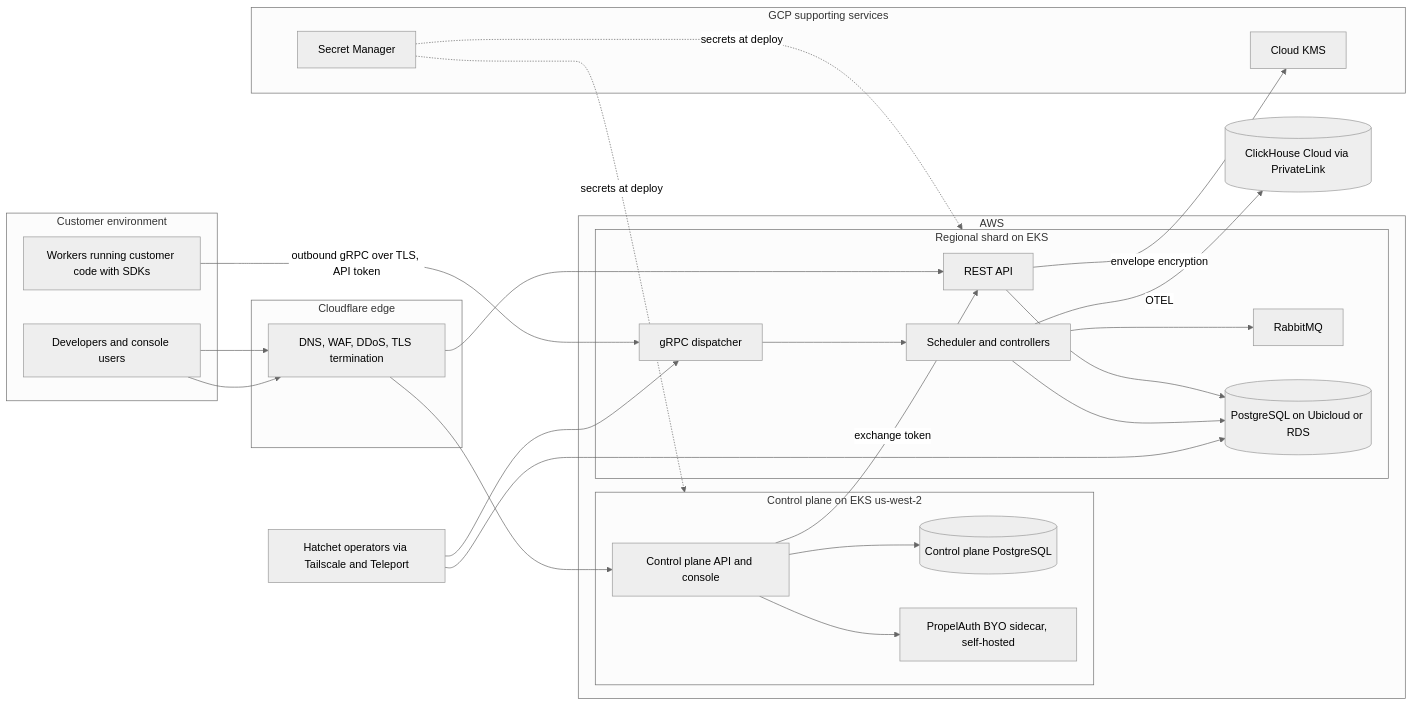
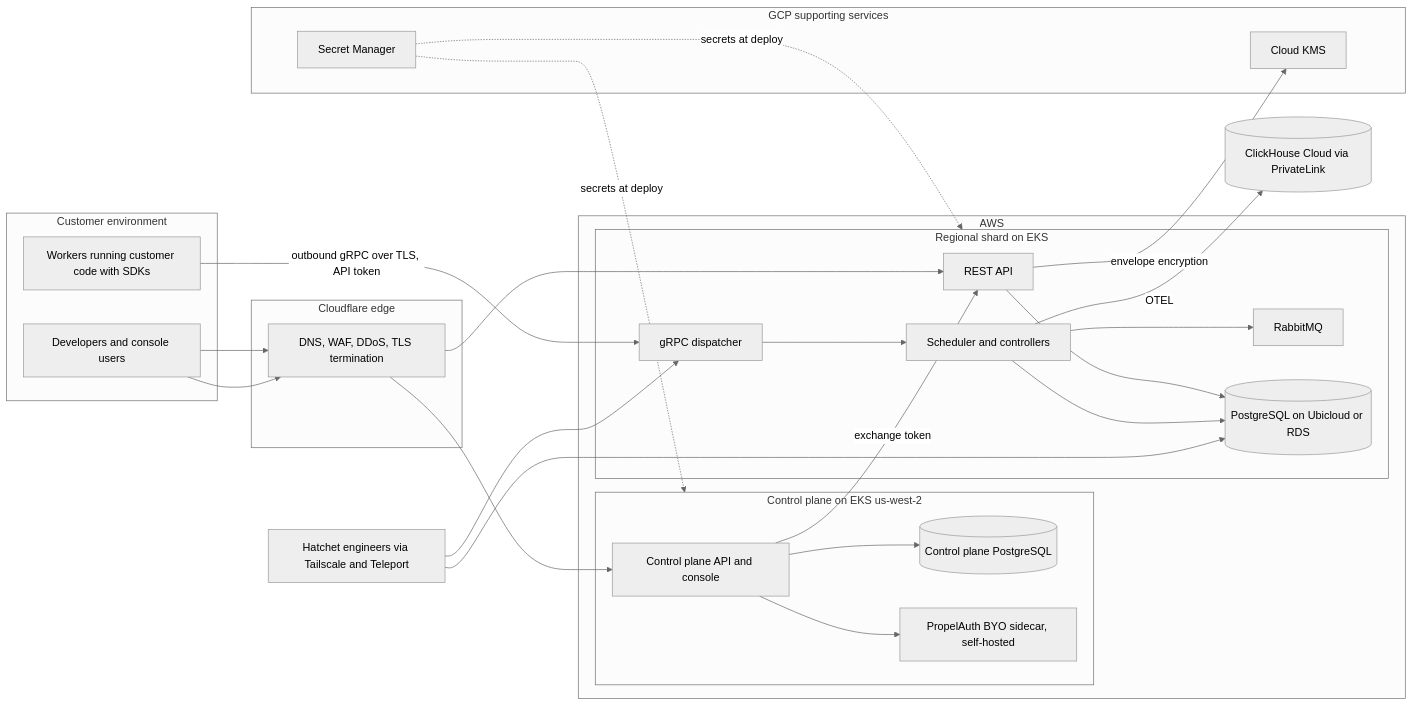
The diagram in hack/soc2/section-3-soc-2-type-2.md (hatchet-dev/hatchet), drawn with Mermaid (neutral theme) before and after one commit. The commit also changed other lines of this file, not shown here.

````diff
--- a/hack/soc2/section-3-soc-2-type-2.md
+++ b/hack/soc2/section-3-soc-2-type-2.md
@@ -82,45 +82,45 @@
 ```mermaid
 flowchart LR
   subgraph customer [Customer environment]
     devs[Developers and console users]
     workers[Workers running customer code with SDKs]
   end
   subgraph edge [Cloudflare edge]
     cf[DNS, WAF, DDoS, TLS termination]
   end
   subgraph aws [AWS]
     subgraph cp [Control plane on EKS us-west-2]
       cpapi[Control plane API and console]
       cpdb[(Control plane PostgreSQL)]
       propel[PropelAuth BYO sidecar, self-hosted]
     end
     subgraph shard [Regional shard on EKS]
       api[REST API]
       grpc[gRPC dispatcher]
       engine[Scheduler and controllers]
       mq[RabbitMQ]
       pg[(PostgreSQL on Ubicloud or RDS)]
     end
   end
   subgraph gcp [GCP supporting services]
     kms[Cloud KMS]
     sm[Secret Manager]
   end
   ch[(ClickHouse Cloud via PrivateLink)]
-  ops[Hatchet operators via Tailscale and Teleport]
+  ops[Hatchet engineers via Tailscale and Teleport]
   devs --> cf --> cpapi
   cpapi --> cpdb
   cpapi --> propel
   cpapi -->|exchange token| api
   devs --> cf --> api
   workers -->|outbound gRPC over TLS, API token| grpc
   api --> pg
   grpc --> engine --> pg
   engine --> mq
   engine -->|OTEL| ch
   api -->|envelope encryption| kms
   sm -.->|secrets at deploy| cp
   sm -.->|secrets at deploy| shard
   ops --> grpc
   ops --> pg
 ```
````
